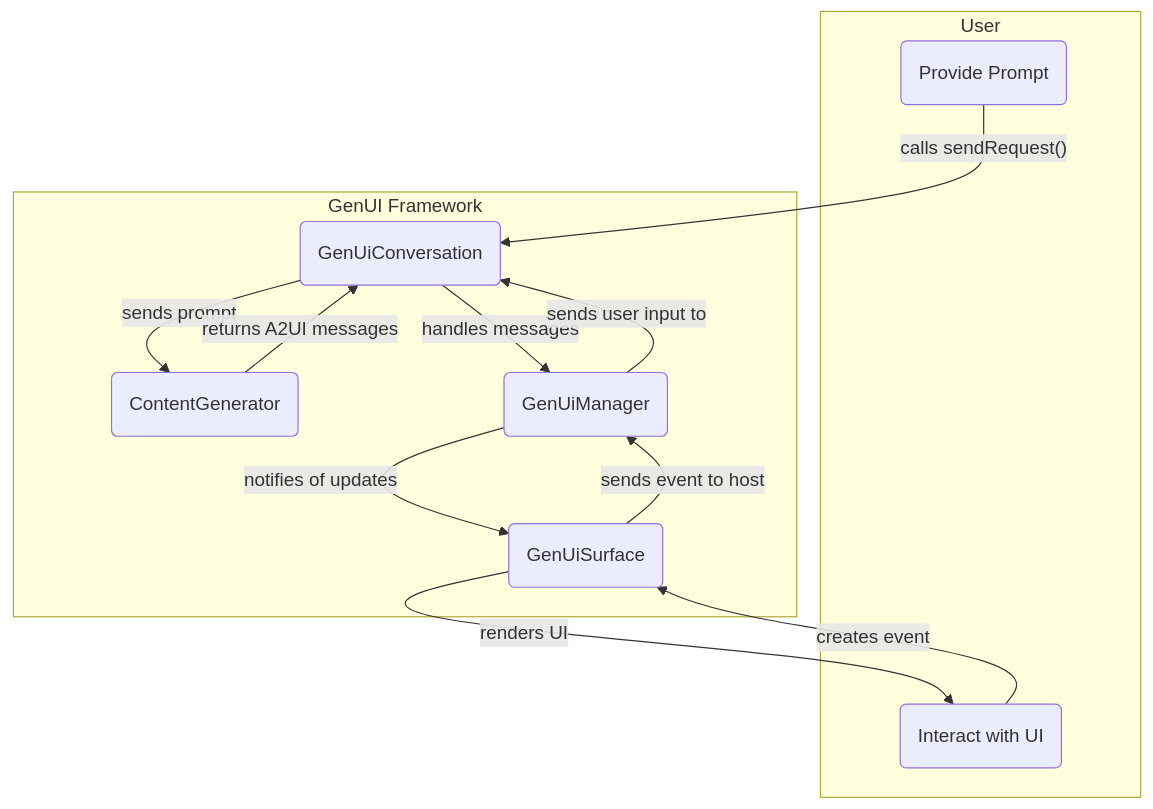
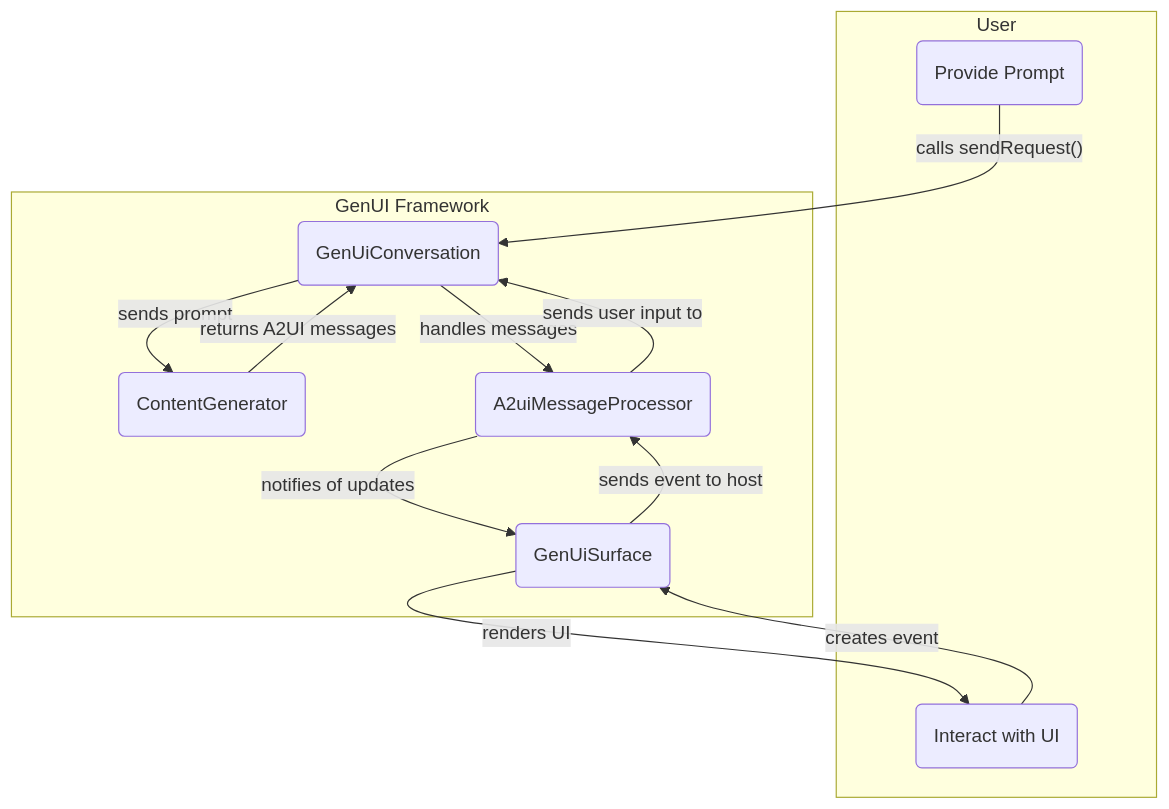
Before and after one commit to polina-c/genui: the diagram in packages/genui/README.md, drawn with Mermaid. The commit also changed other lines of this file and 47 other files, not shown here.

Commit message:
Rename GenUiManager to A2uiMessageProcessor (#587)

````diff
--- a/packages/genui/README.md
+++ b/packages/genui/README.md
@@ -45,24 +45,24 @@
 ```mermaid
 graph TD
     subgraph "User"
         UserInput("Provide Prompt")
         UserInteraction("Interact with UI")
     end
 
     subgraph "GenUI Framework"
         GenUiConversation("GenUiConversation")
         ContentGenerator("ContentGenerator")
-        GenUiManager("GenUiManager")
+        A2uiMessageProcessor("A2uiMessageProcessor")
         GenUiSurface("GenUiSurface")
     end
 
     UserInput -- "calls sendRequest()" --> GenUiConversation;
     GenUiConversation -- "sends prompt" --> ContentGenerator;
     ContentGenerator -- "returns A2UI messages" --> GenUiConversation;
-    GenUiConversation -- "handles messages" --> GenUiManager;
-    GenUiManager -- "notifies of updates" --> GenUiSurface;
+    GenUiConversation -- "handles messages" --> A2uiMessageProcessor;
+    A2uiMessageProcessor -- "notifies of updates" --> GenUiSurface;
     GenUiSurface -- "renders UI" --> UserInteraction;
     UserInteraction -- "creates event" --> GenUiSurface;
-    GenUiSurface -- "sends event to host" --> GenUiManager;
-    GenUiManager -- "sends user input to" --> GenUiConversation;
+    GenUiSurface -- "sends event to host" --> A2uiMessageProcessor;
+    A2uiMessageProcessor -- "sends user input to" --> GenUiConversation;
 ```
````
